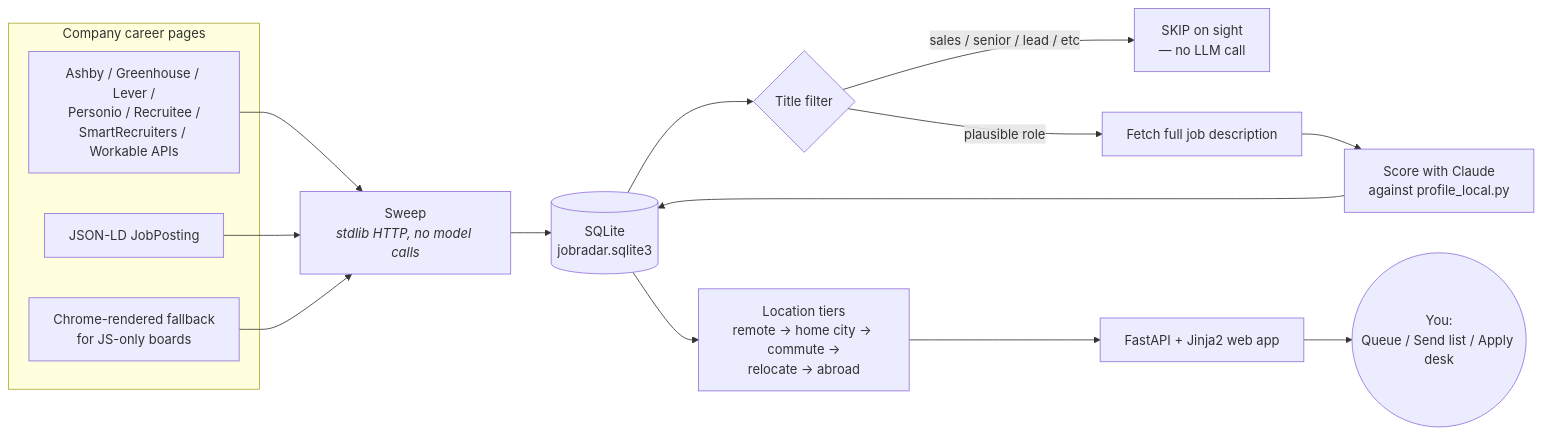
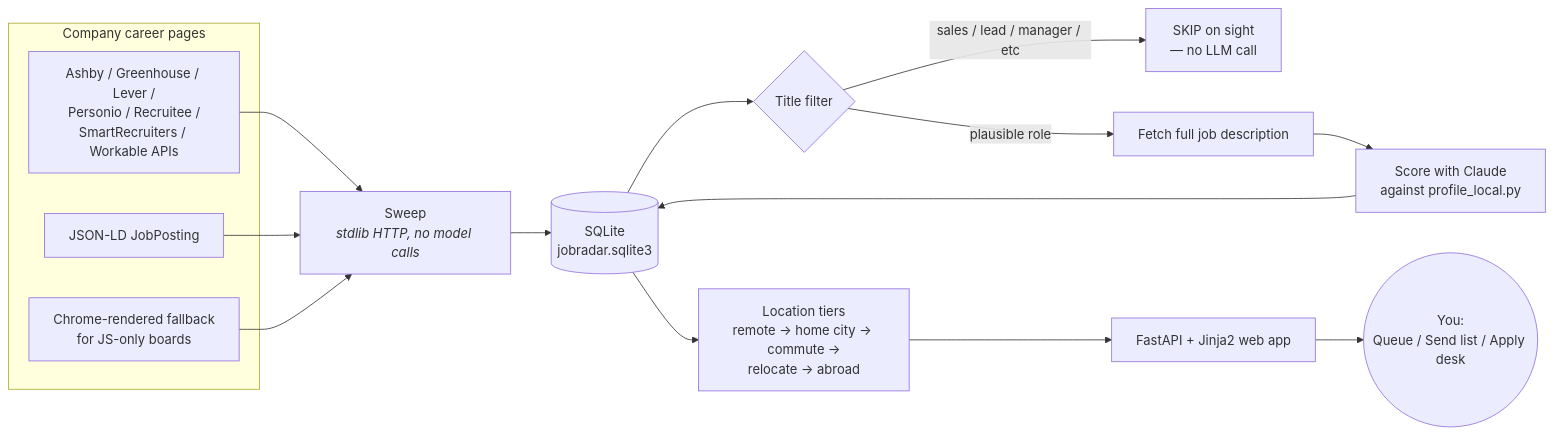
One commit to jibran137/jobradar changed the diagram in README.md. Above: the diagram before and after it, drawn with Mermaid. The commit also changed other lines of this file, not shown here.

Commit message:
Fix README: title filter doesn't actually match "senior"
The SENIOR regex in jobradar.py matches staff/principal/lead/head of/
director/vp/chief/manager, not the literal word "senior" — a Senior
Engineer title passes the pre-filter and reaches the LLM. Docs and
diagram were claiming otherwise.

````diff
--- a/README.md
+++ b/README.md
@@ -24,19 +24,19 @@
 ```mermaid
 flowchart LR
     subgraph Sources["Company career pages"]
         A1[Ashby / Greenhouse / Lever /<br/>Personio / Recruitee /<br/>SmartRecruiters / Workable APIs]
         A2[JSON-LD JobPosting]
         A3[Chrome-rendered fallback<br/>for JS-only boards]
     end
 
     A1 & A2 & A3 --> B[Sweep<br/><i>stdlib HTTP, no model calls</i>]
     B --> C[(SQLite<br/>jobradar.sqlite3)]
     C --> D{Title filter}
-    D -->|sales / senior / lead / etc| E[SKIP on sight<br/>— no LLM call]
+    D -->|sales / lead / manager / etc| E[SKIP on sight<br/>— no LLM call]
     D -->|plausible role| F[Fetch full job description]
     F --> G[Score with Claude<br/>against profile_local.py]
     G --> C
     C --> H[Location tiers<br/>remote → home city → commute →<br/>relocate → abroad]
     H --> I[FastAPI + Jinja2 web app]
     I --> J((You:<br/>Queue / Send list / Apply desk))
 ```
````
